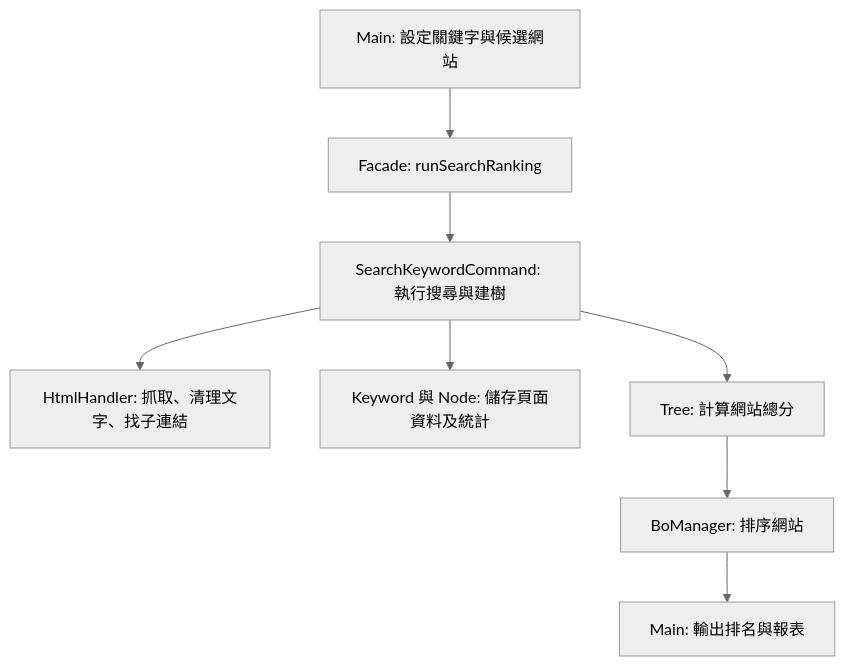
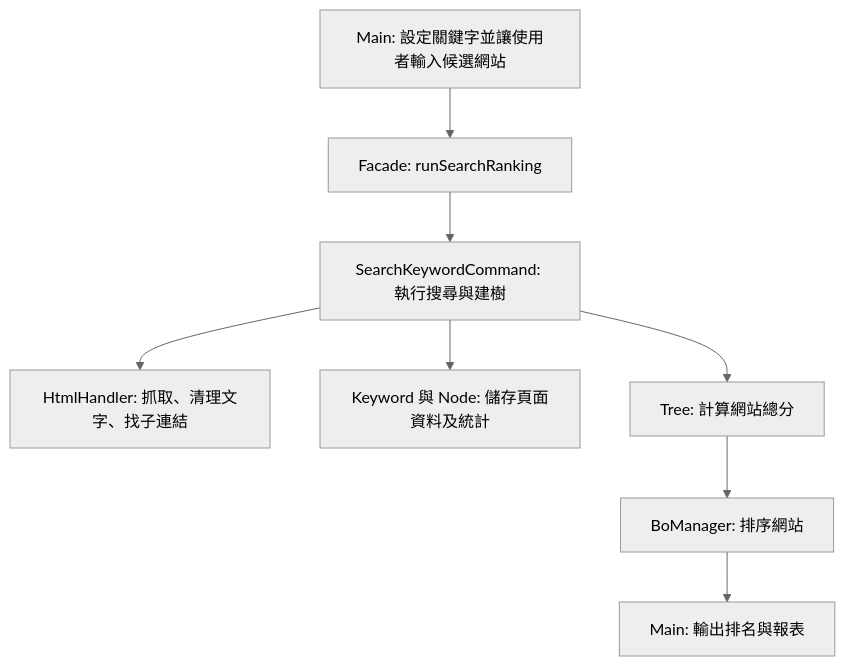
The diagram in PROJECT_PROGRESS.md (yenchen1019/DS_Group9), drawn with Mermaid (neutral theme) before and after one commit. The commit also changed other lines of this file and 1 other file, not shown here.

````diff
--- a/PROJECT_PROGRESS.md
+++ b/PROJECT_PROGRESS.md
@@ -9,10 +9,10 @@
 ```mermaid
 flowchart TD
-    A[Main: 設定關鍵字與候選網站] --> B[Facade: runSearchRanking]
+    A[Main: 設定關鍵字並讓使用者輸入候選網站] --> B[Facade: runSearchRanking]
     B --> C[SearchKeywordCommand: 執行搜尋與建樹]
     C --> D[HtmlHandler: 抓取、清理文字、找子連結]
     C --> E[Keyword 與 Node: 儲存頁面資料及統計]
     C --> F[Tree: 計算網站總分]
     F --> G[BoManager: 排序網站]
     G --> H[Main: 輸出排名與報表]
 ```
````
